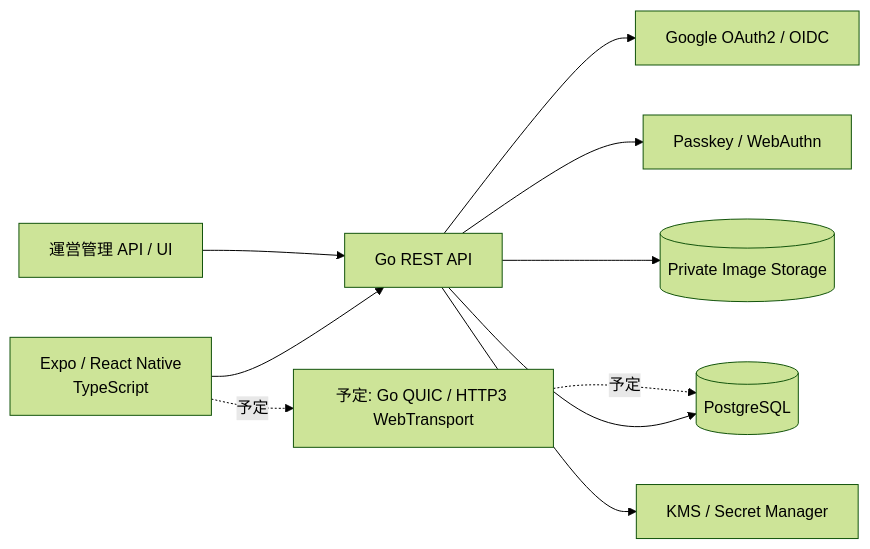
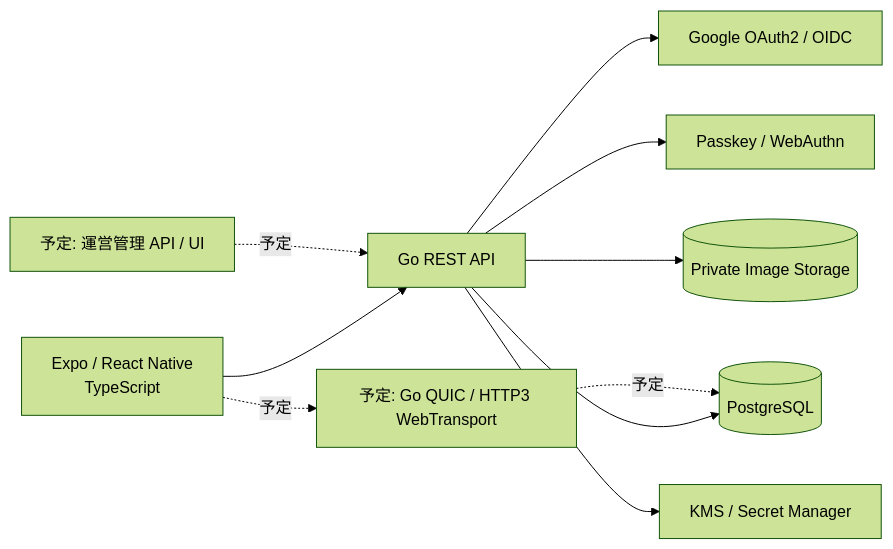
The first of 3 diagrams in docs/architecture.md (Tornado2026-team-j/Samurai-meet), drawn with Mermaid (forest theme) before and after one commit. The commit also changed 19 other files, not shown here.

````diff
--- a/docs/architecture.md
+++ b/docs/architecture.md
@@ -7,22 +7,22 @@
 ```mermaid
 flowchart LR
     App[Expo / React Native<br/>TypeScript]
     API[Go REST API]
     QUIC[予定: Go QUIC / HTTP3 WebTransport]
     Auth[Google OAuth2 / OIDC]
     Passkey[Passkey / WebAuthn]
     DB[(PostgreSQL)]
     Storage[(Private Image Storage)]
     KMS[KMS / Secret Manager]
-    Admin[運営管理 API / UI]
+    Admin[予定: 運営管理 API / UI]
 
     App --> API
     App -. 予定 .-> QUIC
     API --> Auth
     API --> Passkey
     API --> DB
     API --> Storage
     API --> KMS
     QUIC -. 予定 .-> DB
-    Admin --> API
+    Admin -. 予定 .-> API
 ```
````
